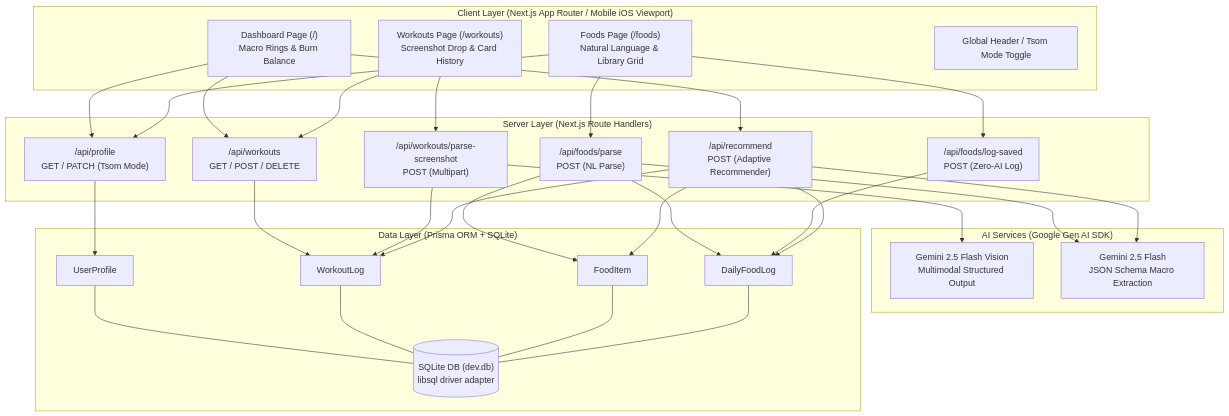
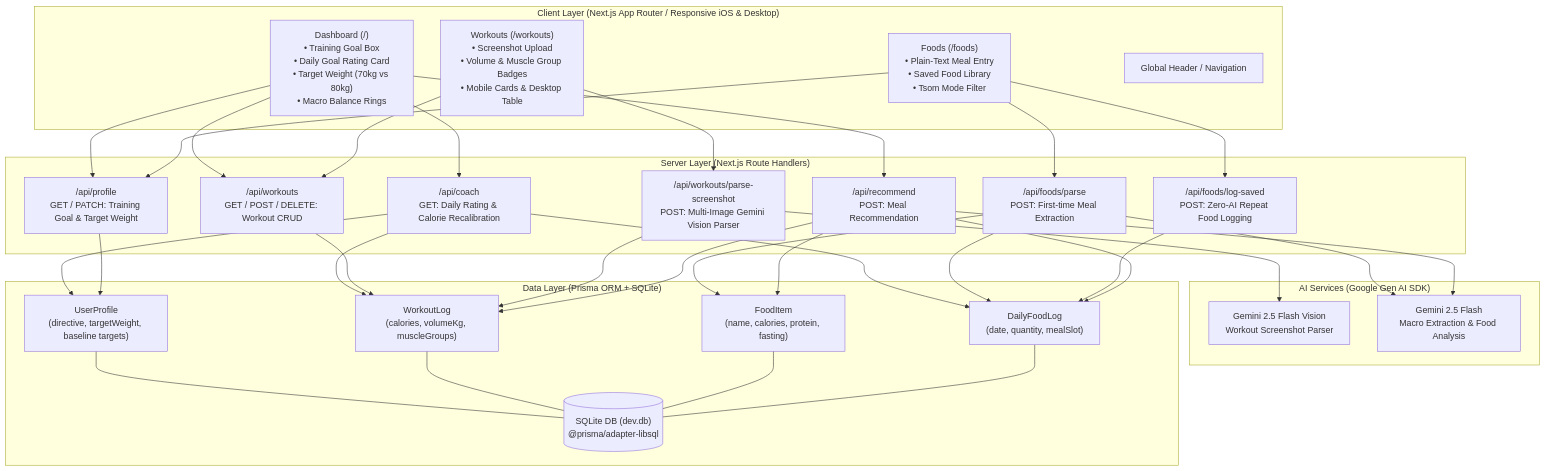
One commit to Bekjo3/macro-log changed the first of 7 diagrams in docs/SYSTEM_DESIGN.md. Above: the diagram before and after it, drawn with Mermaid. The commit also changed other lines of this file, not shown here.

Commit message:
docs: update system design with training goals and workout volume

````diff
--- a/docs/SYSTEM_DESIGN.md
+++ b/docs/SYSTEM_DESIGN.md
@@ -17,48 +18,50 @@
 ```mermaid
 flowchart TD
-    subgraph Client ["Client Layer (Next.js App Router / Mobile iOS Viewport)"]
-        Dashboard["Dashboard Page (/)<br/>Macro Rings &amp; Burn Balance"]
-        WorkoutsUI["Workouts Page (/workouts)<br/>Screenshot Drop &amp; Card History"]
-        FoodsUI["Foods Page (/foods)<br/>Natural Language &amp; Library Grid"]
-        Nav["Global Header / Tsom Mode Toggle"]
+    subgraph Client ["Client Layer (Next.js App Router / Responsive iOS & Desktop)"]
+        Dashboard["Dashboard (/)<br/>• Training Goal Box<br/>• Daily Goal Rating Card<br/>• Target Weight (70kg vs 80kg)<br/>• Macro Balance Rings"]
+        WorkoutsUI["Workouts (/workouts)<br/>• Screenshot Upload<br/>• Volume &amp; Muscle Group Badges<br/>• Mobile Cards &amp; Desktop Table"]
+        FoodsUI["Foods (/foods)<br/>• Plain-Text Meal Entry<br/>• Saved Food Library<br/>• Tsom Mode Filter"]
+        Nav["Global Header / Navigation"]
     end
 
     subgraph Server ["Server Layer (Next.js Route Handlers)"]
-        WorkoutsAPI["/api/workouts<br/>GET / POST / DELETE"]
-        ParseWorkoutAPI["/api/workouts/parse-screenshot<br/>POST (Multipart)"]
-        FoodsParseAPI["/api/foods/parse<br/>POST (NL Parse)"]
-        FoodsLogAPI["/api/foods/log-saved<br/>POST (Zero-AI Log)"]
-        RecommendAPI["/api/recommend<br/>POST (Adaptive Recommender)"]
-        ProfileAPI["/api/profile<br/>GET / PATCH (Tsom Mode)"]
+        CoachAPI["/api/coach<br/>GET: Daily Rating &amp; Calorie Recalibration"]
+        ProfileAPI["/api/profile<br/>GET / PATCH: Training Goal &amp; Target Weight"]
+        WorkoutsAPI["/api/workouts<br/>GET / POST / DELETE: Workout CRUD"]
+        ParseWorkoutAPI["/api/workouts/parse-screenshot<br/>POST: Multi-Image Gemini Vision Parser"]
+        FoodsParseAPI["/api/foods/parse<br/>POST: First-time Meal Extraction"]
+        FoodsLogAPI["/api/foods/log-saved<br/>POST: Zero-AI Repeat Food Logging"]
+        RecommendAPI["/api/recommend<br/>POST: Meal Recommendation"]
     end
 
     subgraph AI ["AI Services (Google Gen AI SDK)"]
-        GeminiVision["Gemini 2.5 Flash Vision<br/>Multimodal Structured Output"]
-        GeminiText["Gemini 2.5 Flash<br/>JSON Schema Macro Extraction"]
+        GeminiVision["Gemini 2.5 Flash Vision<br/>Workout Screenshot Parser"]
+        GeminiText["Gemini 2.5 Flash<br/>Macro Extraction &amp; Food Analysis"]
     end
 
     subgraph Storage ["Data Layer (Prisma ORM + SQLite)"]
-        SQLite[("SQLite DB (dev.db)<br/>libsql driver adapter")]
-        M_User["UserProfile"]
-        M_Workout["WorkoutLog"]
-        M_Food["FoodItem"]
-        M_Log["DailyFoodLog"]
+        SQLite[("SQLite DB (dev.db)<br/>@prisma/adapter-libsql")]
+        M_User["UserProfile<br/>(directive, targetWeight, baseline targets)"]
+        M_Workout["WorkoutLog<br/>(calories, volumeKg, muscleGroups)"]
+        M_Food["FoodItem<br/>(name, calories, protein, fasting)"]
+        M_Log["DailyFoodLog<br/>(date, quantity, mealSlot)"]
     end
 
-    Dashboard --> ProfileAPI & WorkoutsAPI & RecommendAPI
+    Dashboard --> CoachAPI & ProfileAPI & WorkoutsAPI & RecommendAPI
     WorkoutsUI --> ParseWorkoutAPI & WorkoutsAPI
     FoodsUI --> FoodsParseAPI & FoodsLogAPI & ProfileAPI
 
     ParseWorkoutAPI --> GeminiVision
     FoodsParseAPI --> GeminiText
     RecommendAPI --> GeminiText
 
+    CoachAPI --> M_User & M_Workout & M_Log
+    ProfileAPI --> M_User
     WorkoutsAPI --> M_Workout
     ParseWorkoutAPI --> M_Workout
     FoodsParseAPI --> M_Food & M_Log
     FoodsLogAPI --> M_Log
     RecommendAPI --> M_Log & M_Workout & M_Food
-    ProfileAPI --> M_User
 
     M_User & M_Workout & M_Food & M_Log --- SQLite
 ```
````
